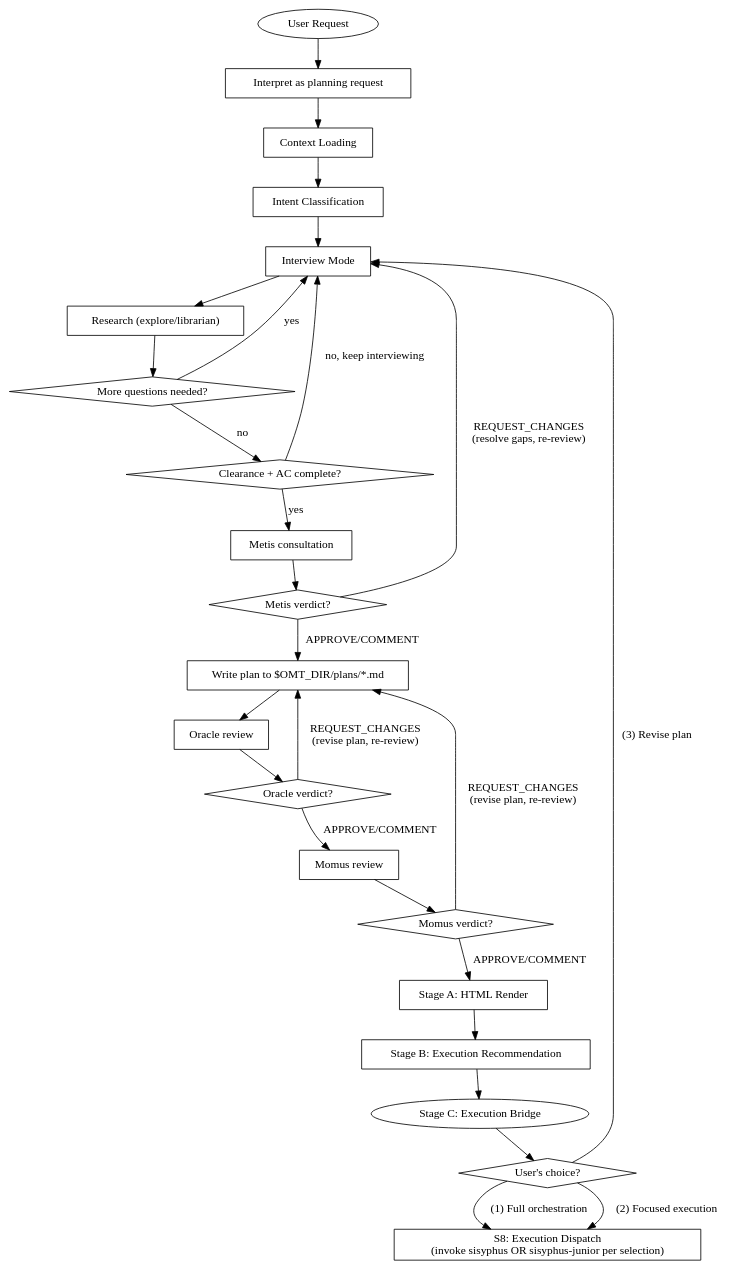
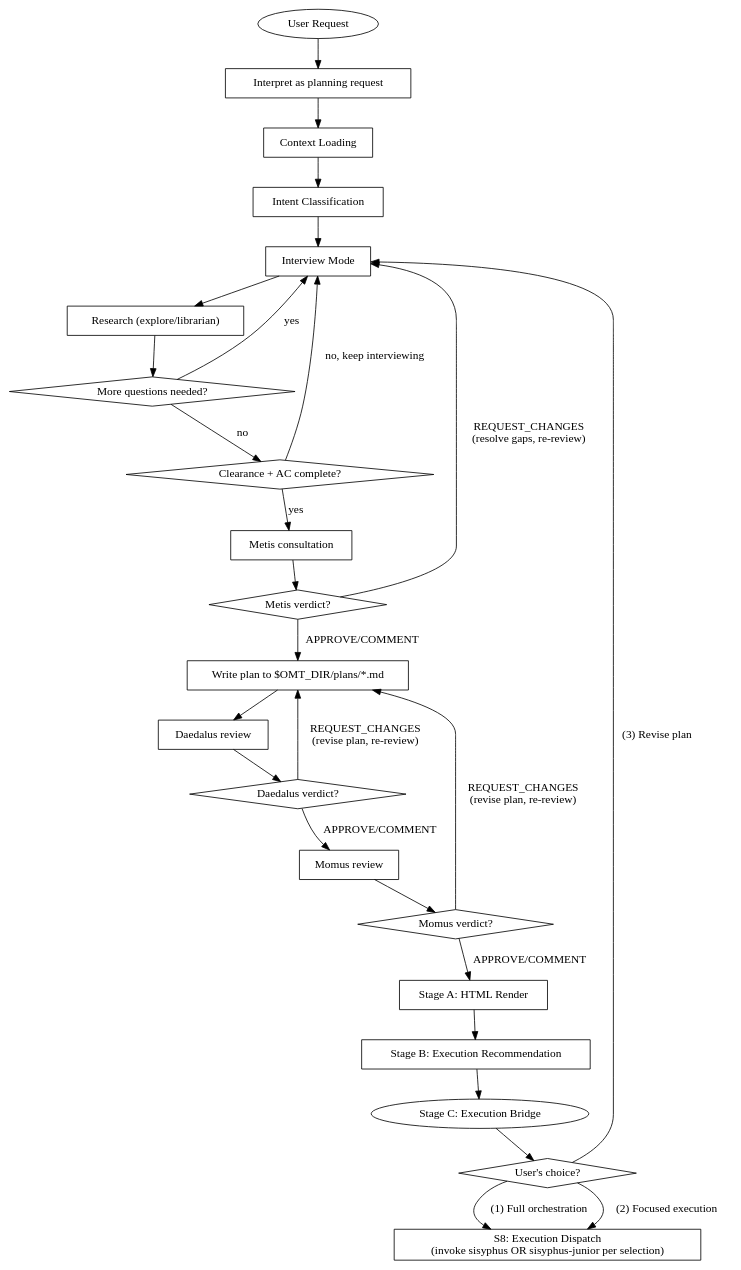
The diagram in skills/prometheus/SKILL.md (toongri/oh-my-toong-playground), drawn with Graphviz before and after one commit. The commit also changed other lines of this file and 1 other file, not shown here.

Commit message:
feat(prometheus): post-plan 리뷰어 daedalus로 전환

````diff
--- a/skills/prometheus/SKILL.md
+++ b/skills/prometheus/SKILL.md
@@ -67,52 +67,52 @@
 ```dot
 digraph prometheus_flow {
     rankdir=TB;
     "User Request" [shape=ellipse];
     "Interpret as planning request" [shape=box];
     "Context Loading" [shape=box];
     "Intent Classification" [shape=box];
     "Interview Mode" [shape=box];
     "Research (explore/librarian)" [shape=box];
     "More questions needed?" [shape=diamond];
     "Clearance + AC complete?" [shape=diamond];
     "Metis consultation" [shape=box];
     "Metis verdict?" [shape=diamond];
     "Write plan to $OMT_DIR/plans/*.md" [shape=box];
-    "Oracle review" [shape=box];
-    "Oracle verdict?" [shape=diamond];
+    "Daedalus review" [shape=box];
+    "Daedalus verdict?" [shape=diamond];
     "Momus review" [shape=box];
     "Momus verdict?" [shape=diamond];
     "Stage A: HTML Render" [shape=box];
     "Stage B: Execution Recommendation" [shape=box];
     "Stage C: Execution Bridge" [shape=ellipse];
     "User's choice?" [shape=diamond];
     "S8: Execution Dispatch\n(invoke sisyphus OR sisyphus-junior per selection)" [shape=box];
 
     "User Request" -> "Interpret as planning request";
     "Interpret as planning request" -> "Context Loading";
     "Context Loading" -> "Intent Classification";
     "Intent Classification" -> "Interview Mode";
     "Interview Mode" -> "Research (explore/librarian)";
     "Research (explore/librarian)" -> "More questions needed?";
     "More questions needed?" -> "Interview Mode" [label="yes"];
     "More questions needed?" -> "Clearance + AC complete?" [label="no"];
     "Clearance + AC complete?" -> "Interview Mode" [label="no, keep interviewing"];
     "Clearance + AC complete?" -> "Metis consultation" [label="yes"];
     "Metis consultation" -> "Metis verdict?";
     "Metis verdict?" -> "Interview Mode" [label="REQUEST_CHANGES\n(resolve gaps, re-review)"];
     "Metis verdict?" -> "Write plan to $OMT_DIR/plans/*.md" [label="APPROVE/COMMENT"];
-    "Write plan to $OMT_DIR/plans/*.md" -> "Oracle review";
-    "Oracle review" -> "Oracle verdict?";
-    "Oracle verdict?" -> "Write plan to $OMT_DIR/plans/*.md" [label="REQUEST_CHANGES\n(revise plan, re-review)"];
-    "Oracle verdict?" -> "Momus review" [label="APPROVE/COMMENT"];
+    "Write plan to $OMT_DIR/plans/*.md" -> "Daedalus review";
+    "Daedalus review" -> "Daedalus verdict?";
+    "Daedalus verdict?" -> "Write plan to $OMT_DIR/plans/*.md" [label="REQUEST_CHANGES\n(revise plan, re-review)"];
+    "Daedalus verdict?" -> "Momus review" [label="APPROVE/COMMENT"];
     "Momus review" -> "Momus verdict?";
     "Momus verdict?" -> "Write plan to $OMT_DIR/plans/*.md" [label="REQUEST_CHANGES\n(revise plan, re-review)"];
     "Momus verdict?" -> "Stage A: HTML Render" [label="APPROVE/COMMENT"];
     "Stage A: HTML Render" -> "Stage B: Execution Recommendation";
     "Stage B: Execution Recommendation" -> "Stage C: Execution Bridge";
     "Stage C: Execution Bridge" -> "User's choice?";
     "User's choice?" -> "S8: Execution Dispatch\n(invoke sisyphus OR sisyphus-junior per selection)" [label="(1) Full orchestration"];
     "User's choice?" -> "S8: Execution Dispatch\n(invoke sisyphus OR sisyphus-junior per selection)" [label="(2) Focused execution"];
     "User's choice?" -> "Interview Mode" [label="(3) Revise plan"];
 }
 ```
````
